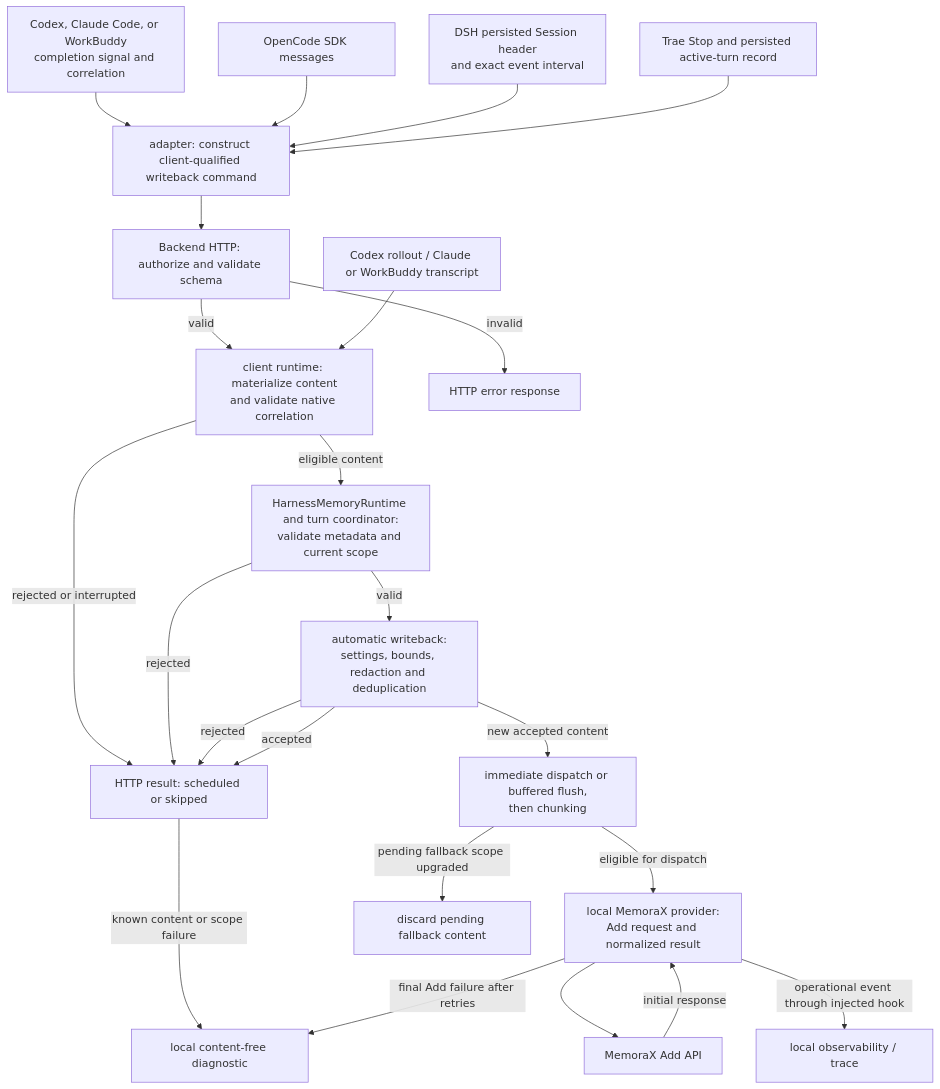
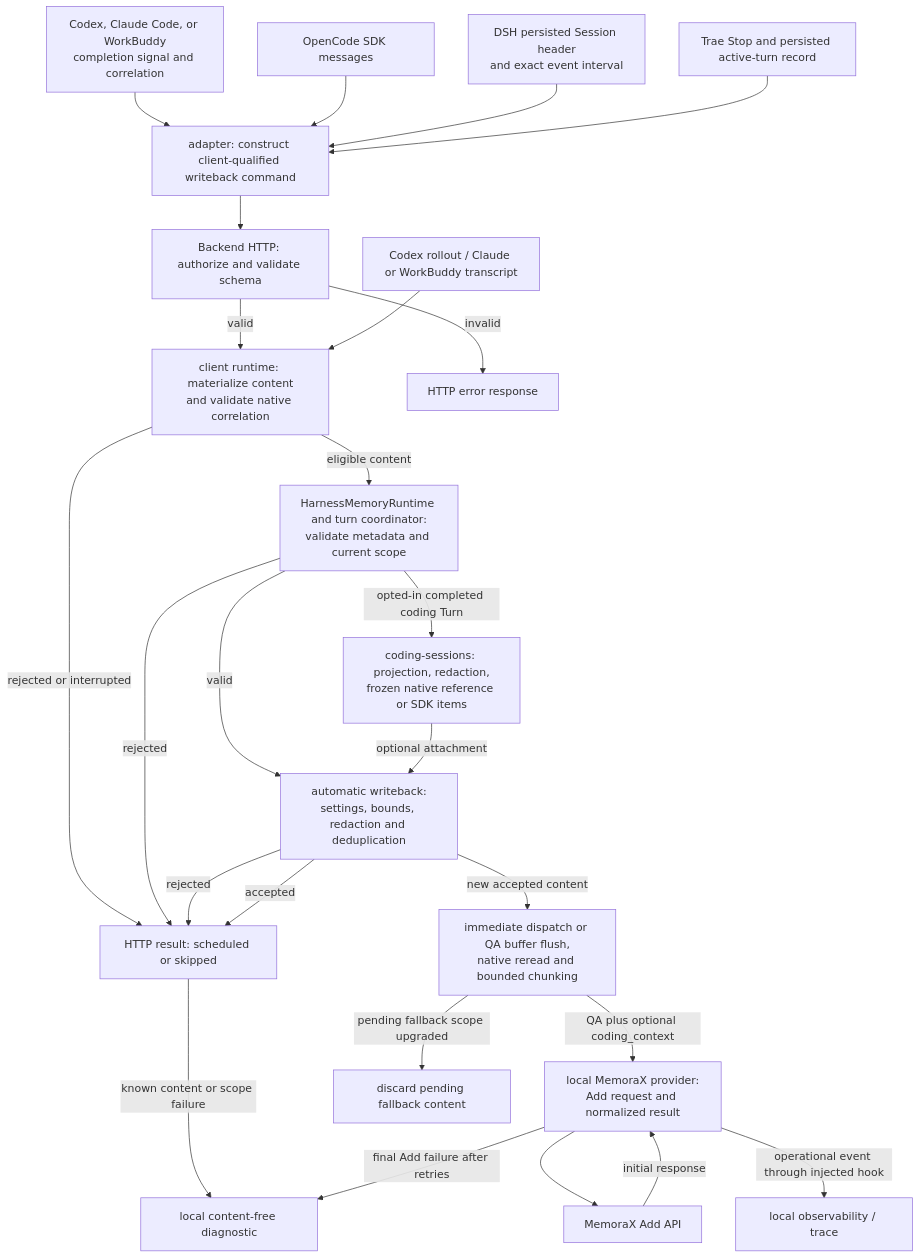
Before and after one commit to memorax-ai/memorax-code: the fifth of 7 diagrams in ARCHITECTURE.md, drawn with Mermaid. The commit also changed other lines of this file and 63 other files, not shown here.

First line of the commit message:
feat:(memory) attach coding context to automatic QA Add

````diff
--- a/ARCHITECTURE.md
+++ b/ARCHITECTURE.md
@@ -699,29 +699,31 @@
 ```mermaid
 flowchart TD
   Completion["Codex, Claude Code, or WorkBuddy<br/>completion signal and correlation"] --> Hook
   SDK["OpenCode SDK messages"] --> Hook
   DSH["DSH persisted Session header<br/>and exact event interval"] --> Hook
   Trae["Trae Stop and persisted active-turn record"] --> Hook
   Hook["adapter: construct client-qualified writeback command"] --> HTTP
 
   HTTP["Backend HTTP: authorize and validate schema"] -->|"valid"| Native
   HTTP -->|"invalid"| Error["HTTP error response"]
   Files["Codex rollout / Claude or WorkBuddy transcript"] --> Native
   Native["client runtime: materialize content<br/>and validate native correlation"] -->|"eligible content"| Shared
   Native -->|"rejected or interrupted"| Result
 
   Shared["HarnessMemoryRuntime and turn coordinator:<br/>validate metadata and current scope"] -->|"valid"| Runtime
   Shared -->|"rejected"| Result
+  Shared -->|"opted-in completed coding Turn"| Archive
+  Archive["coding-sessions: projection, redaction,<br/>frozen native reference or SDK items"] -->|"optional attachment"| Runtime
   Runtime["automatic writeback:<br/>settings, bounds, redaction and deduplication"] -->|"rejected"| Result
   Runtime -->|"accepted"| Result
   Result["HTTP result: scheduled or skipped"]
 
   Runtime -->|"new accepted content"| Pending
-  Pending["immediate dispatch or buffered flush,<br/>then chunking"] -->|"eligible for dispatch"| Provider
+  Pending["immediate dispatch or QA buffer flush,<br/>native reread and bounded chunking"] -->|"QA plus optional coding_context"| Provider
   Pending -->|"pending fallback scope upgraded"| Discard["discard pending fallback content"]
   Provider["local MemoraX provider:<br/>Add request and normalized result"] --> Remote
   Remote["MemoraX Add API"] -->|"initial response"| Provider
   Provider -->|"operational event through injected hook"| Trace["local observability / trace"]
   Result -->|"known content or scope failure"| Diagnostic["local content-free diagnostic"]
   Provider -->|"final Add failure after retries"| Diagnostic
 ```
````
